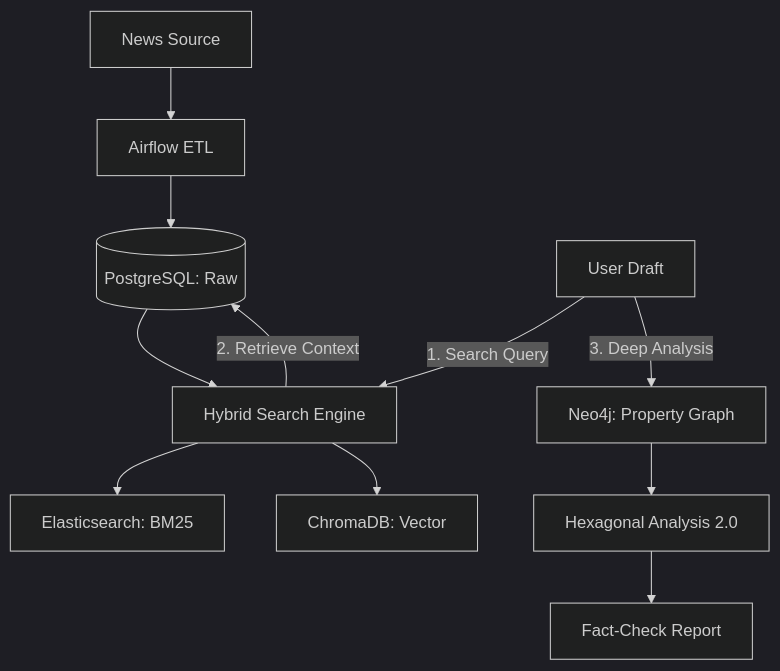
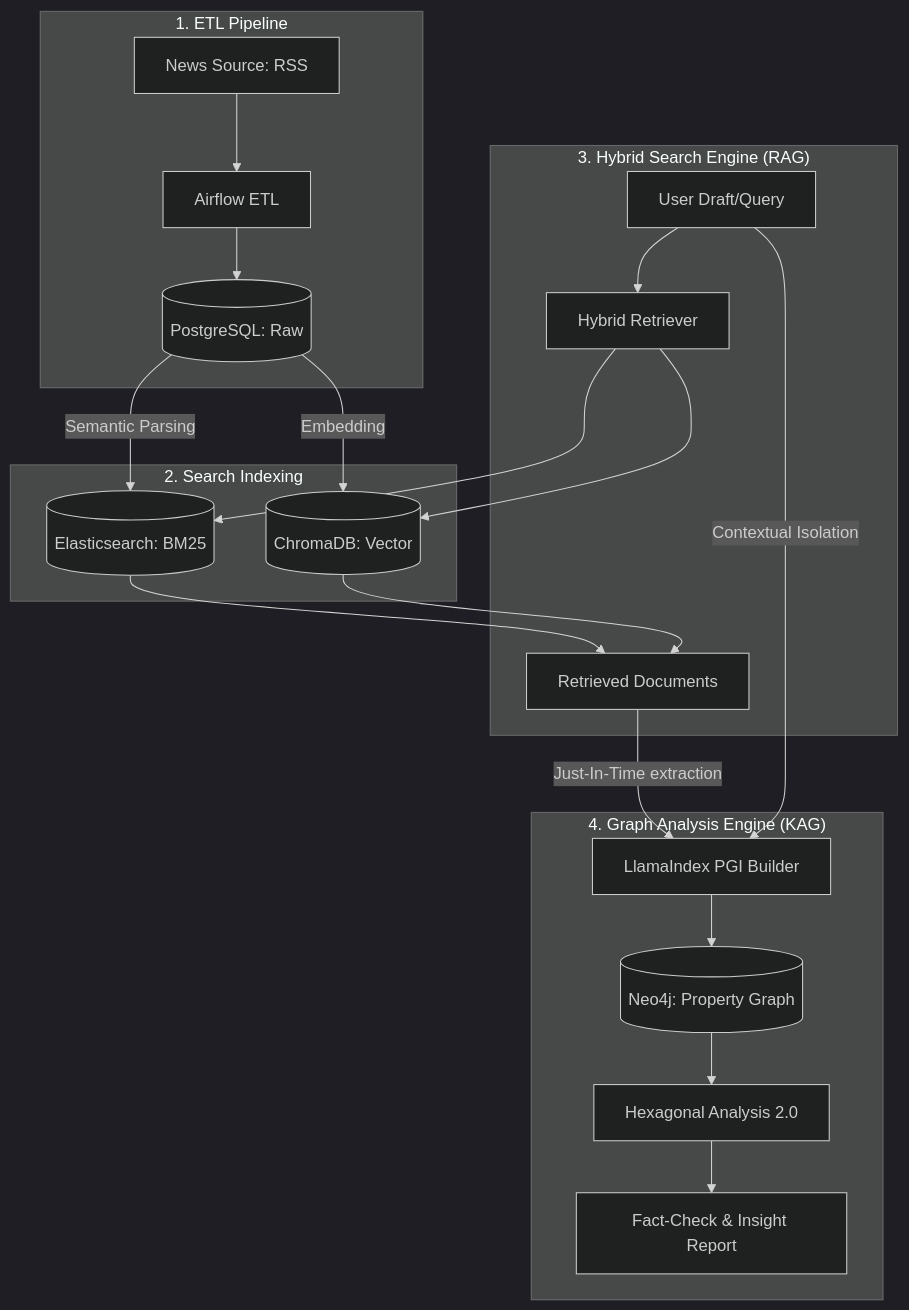
Before and after one commit to hyos0415/KAG_LlamaIndex: the diagram in technical_report.md, drawn with Mermaid (dark theme). The commit also changed other lines of this file and 1 other file, not shown here.

Commit message:
fix : 머메이드 다이어그램 수정

````diff
--- a/technical_report.md
+++ b/technical_report.md
@@ -10,15 +17,27 @@
 ```mermaid
 graph TD
-    A[News Source] --> B[Airflow ETL]
-    B --> C[(PostgreSQL: Raw)]
-    C --> D[Hybrid Search Engine]
-    D --> E[Elasticsearch: BM25]
-    D --> F[ChromaDB: Vector]
-    
-    G[User Draft] -- "1. Search Query" --> D
-    D -- "2. Retrieve Context" --> C
-    G -- "3. Deep Analysis" --> H[Neo4j: Property Graph]
-    
-    H --> I[Hexagonal Analysis 2.0]
-    I --> J[Fact-Check Report]
+    subgraph "1. ETL Pipeline"
+        A[News Source: RSS] --> B[Airflow ETL]
+        B --> C[(PostgreSQL: Raw)]
+    end
+
+    subgraph "2. Search Indexing"
+        C -- "Semantic Parsing" --> D[(Elasticsearch: BM25)]
+        C -- "Embedding" --> E[(ChromaDB: Vector)]
+    end
+
+    subgraph "3. Hybrid Search Engine (RAG)"
+        F[User Draft/Query] --> G[Hybrid Retriever]
+        G --> D
+        G --> E
+        D & E --> H[Retrieved Documents]
+    end
+
+    subgraph "4. Graph Analysis Engine (KAG)"
+        H -- "Just-In-Time extraction" --> I[LlamaIndex PGI Builder]
+        F -- "Contextual Isolation" --> I
+        I --> J[(Neo4j: Property Graph)]
+        J --> K[Hexagonal Analysis 2.0]
+        K --> L[Fact-Check & Insight Report]
+    end
 ```
````
